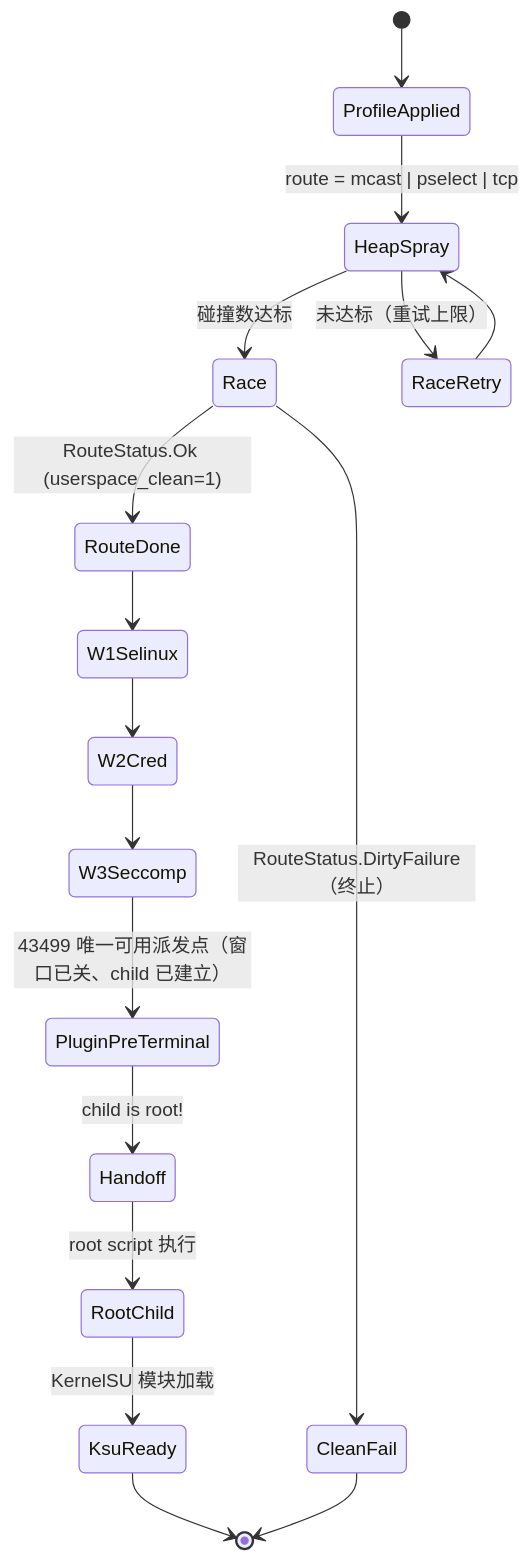
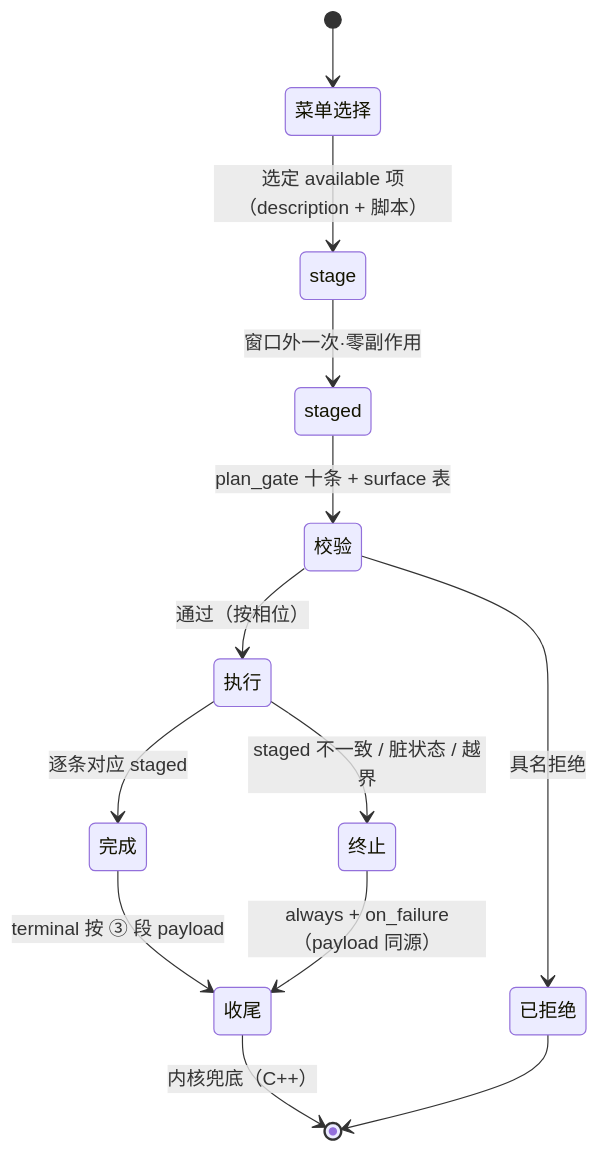
One commit to YuKongA/ghostlock-app changed the second of 10 diagrams in docs/development/full-process-uml.md. Above: the diagram before and after it, drawn with Mermaid. The commit also changed other lines of this file and 4 other files, not shown here.

````diff
--- a/docs/development/full-process-uml.md
+++ b/docs/development/full-process-uml.md
@@ -91,19 +34,15 @@
 ```mermaid
 stateDiagram-v2
-  [*] --> ProfileApplied
-  ProfileApplied --> HeapSpray : route = mcast | pselect | tcp
-  HeapSpray --> Race : 碰撞数达标
-  HeapSpray --> RaceRetry : 未达标（重试上限）
-  RaceRetry --> HeapSpray
-  Race --> RouteDone : RouteStatus.Ok (userspace_clean=1)
-  Race --> CleanFail : RouteStatus.DirtyFailure（终止）
-  RouteDone --> W1Selinux
-  W1Selinux --> W2Cred
-  W2Cred --> W3Seccomp
-  W3Seccomp --> PluginPreTerminal : 43499 唯一可用派发点（窗口已关、child 已建立）
-  PluginPreTerminal --> Handoff : child is root!
-  Handoff --> RootChild : root script 执行
-  RootChild --> KsuReady : KernelSU 模块加载
-  KsuReady --> [*]
-  CleanFail --> [*]
+  [*] --> 菜单选择
+  菜单选择 --> stage: 选定 available 项（description + 脚本）
+  stage --> staged: 窗口外一次·零副作用
+  staged --> 校验: plan_gate 十条 + surface 表
+  校验 --> 已拒绝: 具名拒绝
+  校验 --> 执行: 通过（按相位）
+  执行 --> 完成: 逐条对应 staged
+  执行 --> 终止: staged 不一致 / 脏状态 / 越界
+  完成 --> 收尾: terminal 按 ③ 段 payload
+  终止 --> 收尾: always + on_failure（payload 同源）
+  收尾 --> [*]: 内核兜底（C++）
+  已拒绝 --> [*]
 ```
````
